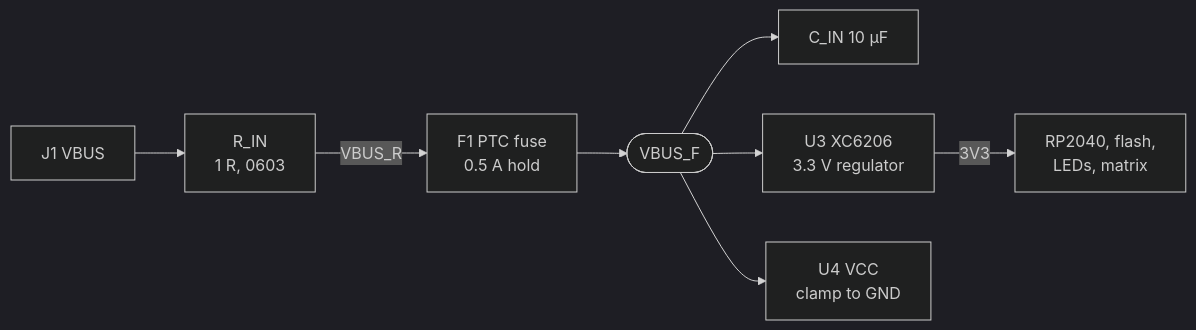
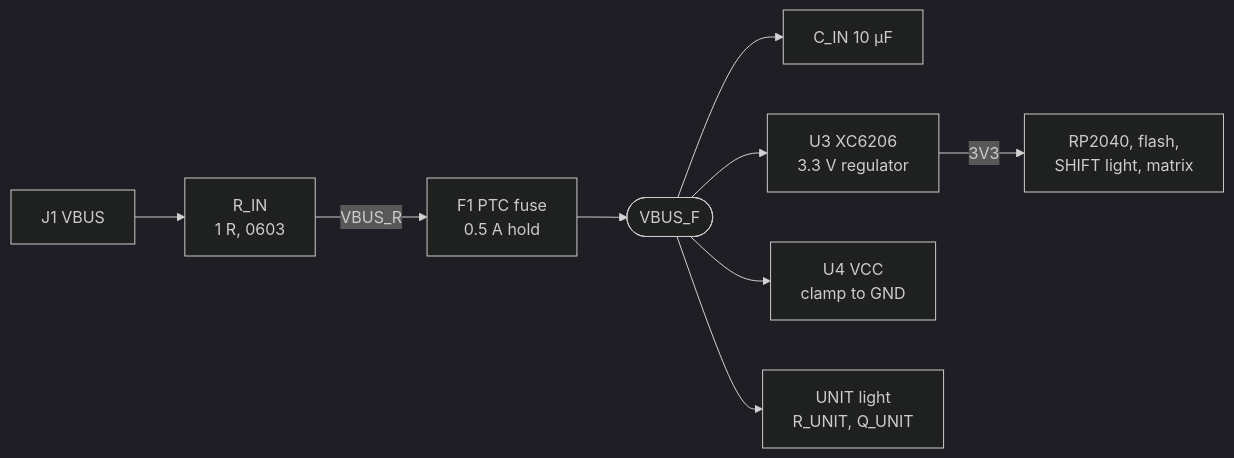
Before and after one commit to saschagrunert/avionics-panel: the first of 2 diagrams in docs/architecture/electronics.md, drawn with Mermaid (dark theme). The commit also changed other lines of this file and 68 other files, not shown here.

````diff
--- a/docs/architecture/electronics.md
+++ b/docs/architecture/electronics.md
@@ -81,10 +85,11 @@
 ```mermaid
 flowchart LR
   vbus["J1 VBUS"] --> rin["R_IN<br>1 R, 0603"]
   rin -- VBUS_R --> f1["F1 PTC fuse<br>0.5 A hold"]
   f1 --> vbusf(["VBUS_F"])
   vbusf --> cin["C_IN 10 µF"]
   vbusf --> u3["U3 XC6206<br>3.3 V regulator"]
   vbusf --> u4vcc["U4 VCC<br>clamp to GND"]
-  u3 -- 3V3 --> loads["RP2040, flash,<br>LEDs, matrix"]
+  vbusf --> unit["UNIT light<br>R_UNIT, Q_UNIT"]
+  u3 -- 3V3 --> loads["RP2040, flash,<br>SHIFT light, matrix"]
 ```
````
